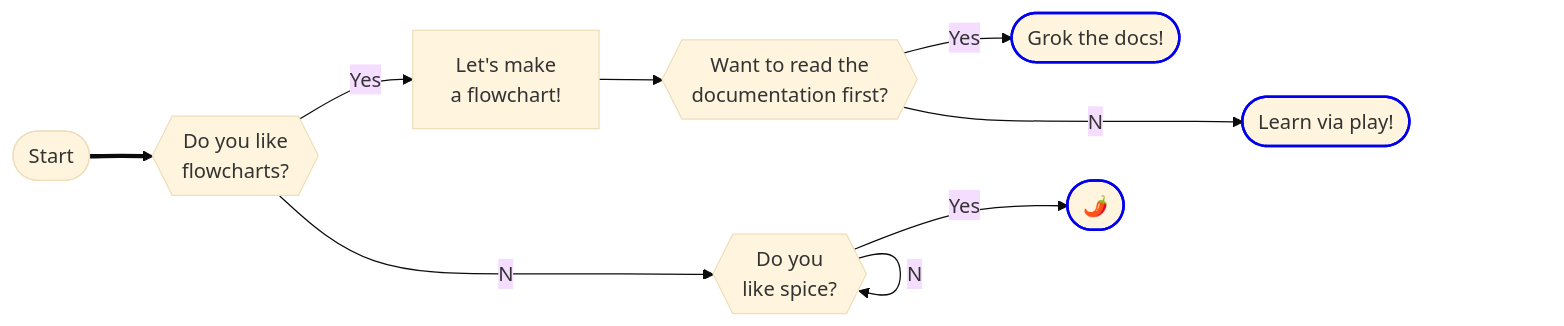
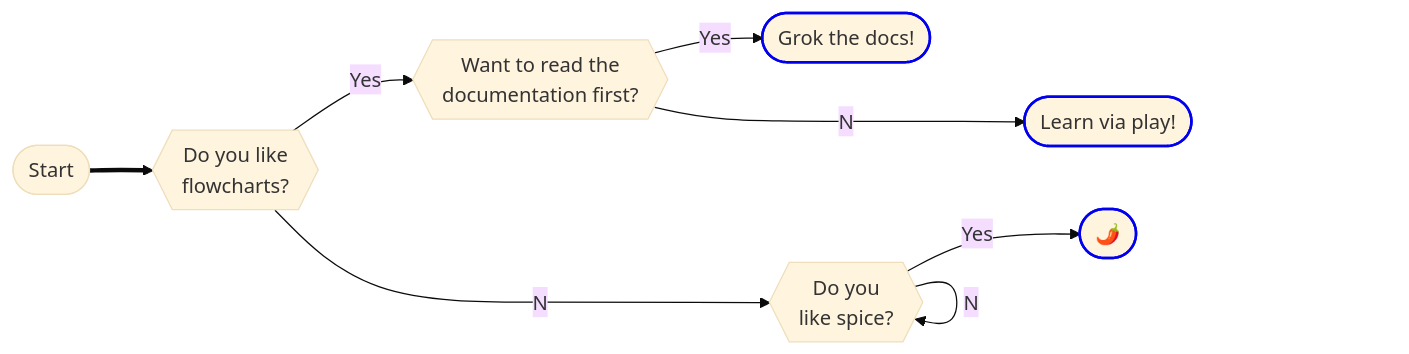
One commit to tfle/tfle changed the diagram in README.md. Above: the diagram before and after it, drawn with Mermaid. The commit also changed other lines of this file, not shown here.

````diff
--- a/README.md
+++ b/README.md
@@ -3,24 +3,24 @@
 ```mermaid
 %%{init:{
     "theme": "base",
     "flowchart": {
         "diagramPadding": "0",
         "nodeSpacing": "50",
         "rankSpacing": "50"
     }
 }}%%
 
 flowchart LR
     classDef clickStyle stroke:#0000EE,stroke-width:2px    
     A([Start]) ==>B{{Do you like<br> flowcharts?}}
-    B --Yes--> C[Let's make<br> a flowchart!] --> D{{Want to read the<br> documentation first?}}
-    D --Yes--> E([Grok the docs!])
-    D --No--> F([Learn via play!])
+    B --Yes--> C{{Want to read the<br> documentation first?}}
+    C --Yes--> D([Grok the docs!])
+    C --No--> E([Learn via play!])
     B --No--> B1{{Do you<br> like spice?}}
     B1 --Yes--> B2(["🌶️"])
     B1 --No--> B1    
     click B2 "https://youtu.be/dQw4w9WgXcQ" _blank
-    click E "https://mermaid-js.github.io/mermaid/#/flowchart" _blank
-    click F "https://mermaid.live/" _blank
-    class B2,E,F clickStyle
+    click D "https://mermaid-js.github.io/mermaid/#/flowchart" _blank
+    click E "https://mermaid.live/" _blank
+    class B2,D,E clickStyle
 ```
````
